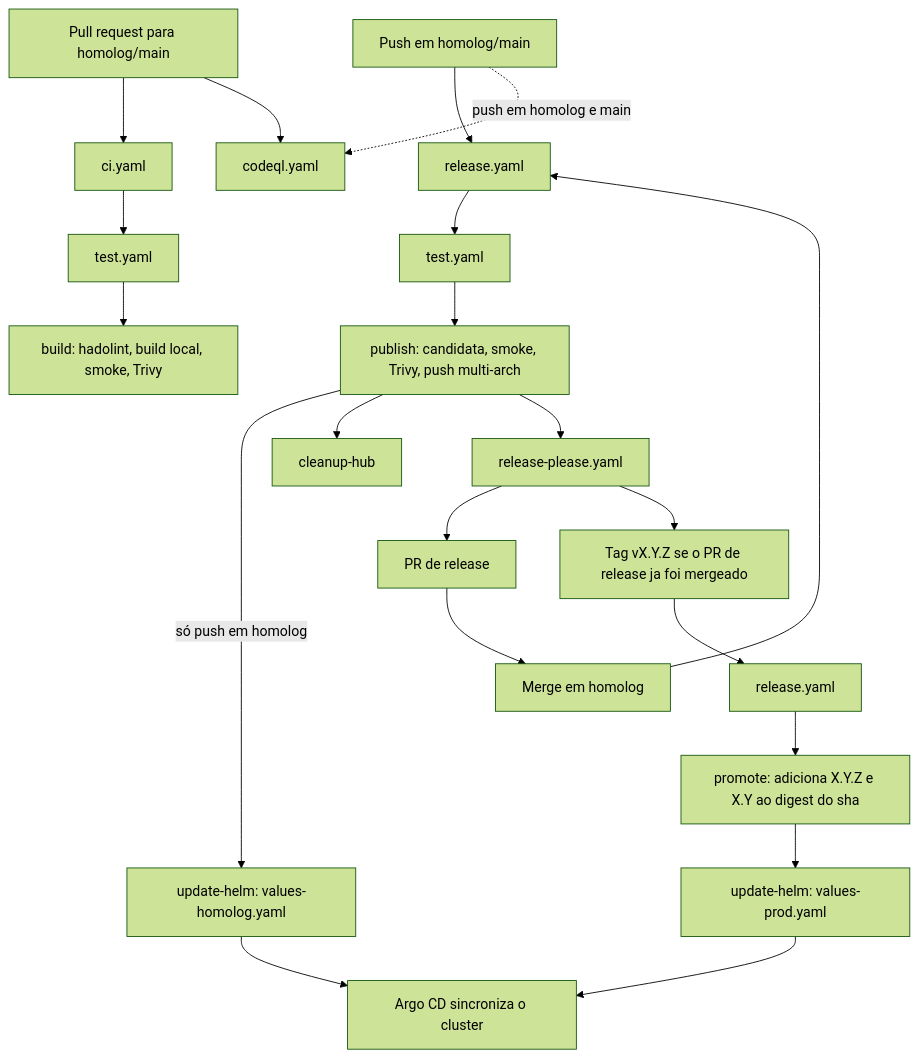
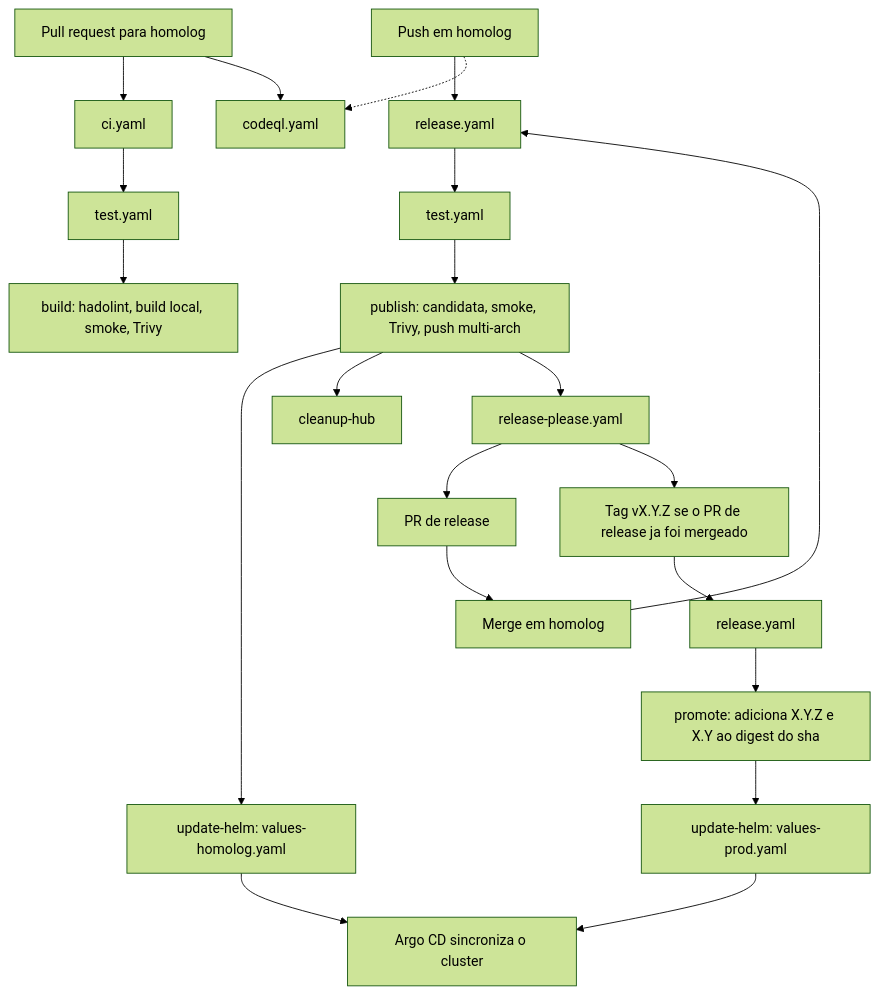
The diagram in .github/workflows/README.md (fcavalcanti-devops/conversor-temperatura), drawn with Mermaid (forest theme) before and after one commit. The commit also changed other lines of this file and 4 other files, not shown here.

````diff
--- a/.github/workflows/README.md
+++ b/.github/workflows/README.md
@@ -28,26 +28,26 @@
 ```mermaid
 flowchart TD
-    PR[Pull request para homolog/main] --> CI[ci.yaml]
+    PR[Pull request para homolog] --> CI[ci.yaml]
     PR --> CQ[codeql.yaml]
     CI --> T1[test.yaml]
     T1 --> B[build: hadolint, build local, smoke, Trivy]
 
-    PUSH[Push em homolog/main] --> REL[release.yaml]
-    PUSH -.->|push em homolog e main| CQ
+    PUSH[Push em homolog] --> REL[release.yaml]
+    PUSH -.-> CQ
     REL --> T2[test.yaml]
     T2 --> PUB[publish: candidata, smoke, Trivy, push multi-arch]
-    PUB -->|só push em homolog| HH[update-helm: values-homolog.yaml]
+    PUB --> HH[update-helm: values-homolog.yaml]
     PUB --> CL[cleanup-hub]
     PUB --> RP[release-please.yaml]
     RP --> RPR[PR de release]
     RPR --> MERGE[Merge em homolog]
     MERGE --> REL
     RP --> TAG[Tag vX.Y.Z se o PR de release ja foi mergeado]
 
     TAG --> REL2[release.yaml]
     REL2 --> PRO[promote: adiciona X.Y.Z e X.Y ao digest do sha]
     PRO --> HP[update-helm: values-prod.yaml]
 
     HH --> ARGO[Argo CD sincroniza o cluster]
     HP --> ARGO
 ```
````
